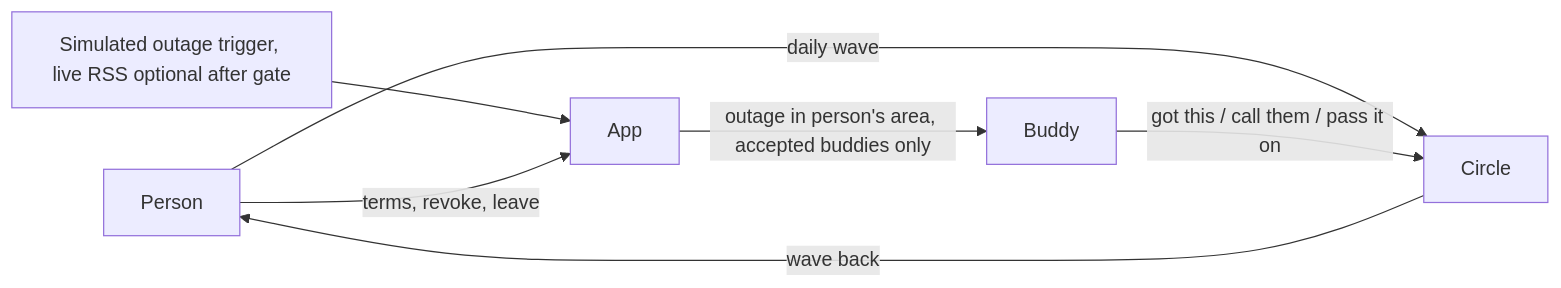
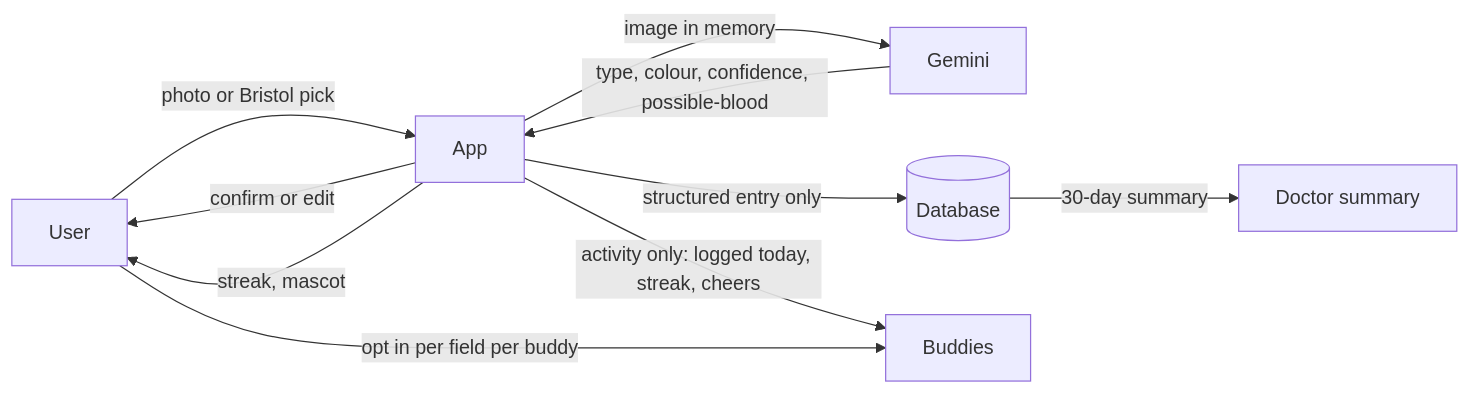
The diagram in context/architecture.md (chlooood/hackcamp), drawn with Mermaid before and after one commit. The commit also changed other lines of this file and 3 other files, not shown here.

First line of the commit message:
Switch idea to Gut Check: gamified social gut diary with Gemini photo scan

````diff
--- a/context/architecture.md
+++ b/context/architecture.md
@@ -42,9 +44,12 @@
 ```mermaid
 flowchart LR
-    Person -->|daily wave| Circle
-    Circle -->|wave back| Person
-    Trigger[Simulated outage trigger, live RSS optional after gate] --> App
-    Person -->|terms, revoke, leave| App
-    App -->|outage in person's area, accepted buddies only| Buddy
-    Buddy -->|got this / call them / pass it on| Circle
+    User -->|photo or Bristol pick| App
+    App -->|image in memory| Gemini
+    Gemini -->|type, colour, confidence, possible-blood| App
+    App -->|confirm or edit| User
+    App -->|structured entry only| DB[(Database)]
+    App -->|streak, mascot| User
+    App -->|activity only: logged today, streak, cheers| Buddies
+    User -->|opt in per field per buddy| Buddies
+    DB -->|30-day summary| Doctor[Doctor summary]
 ```
````
